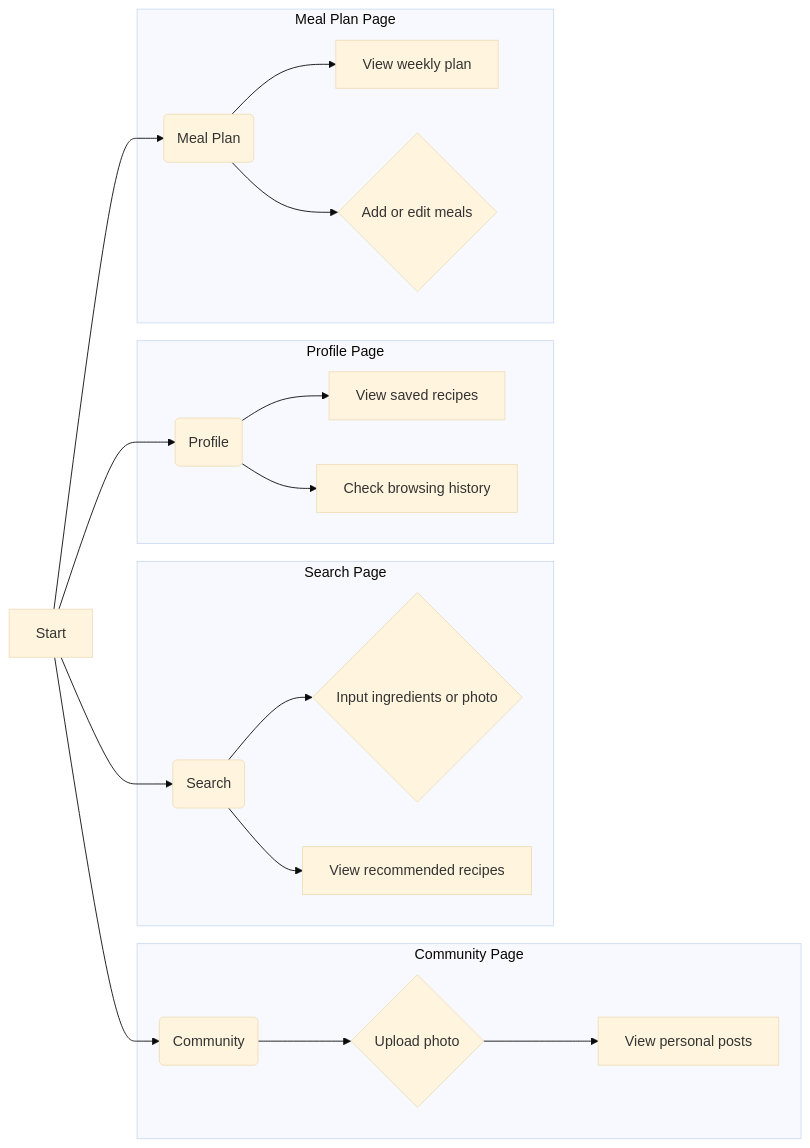
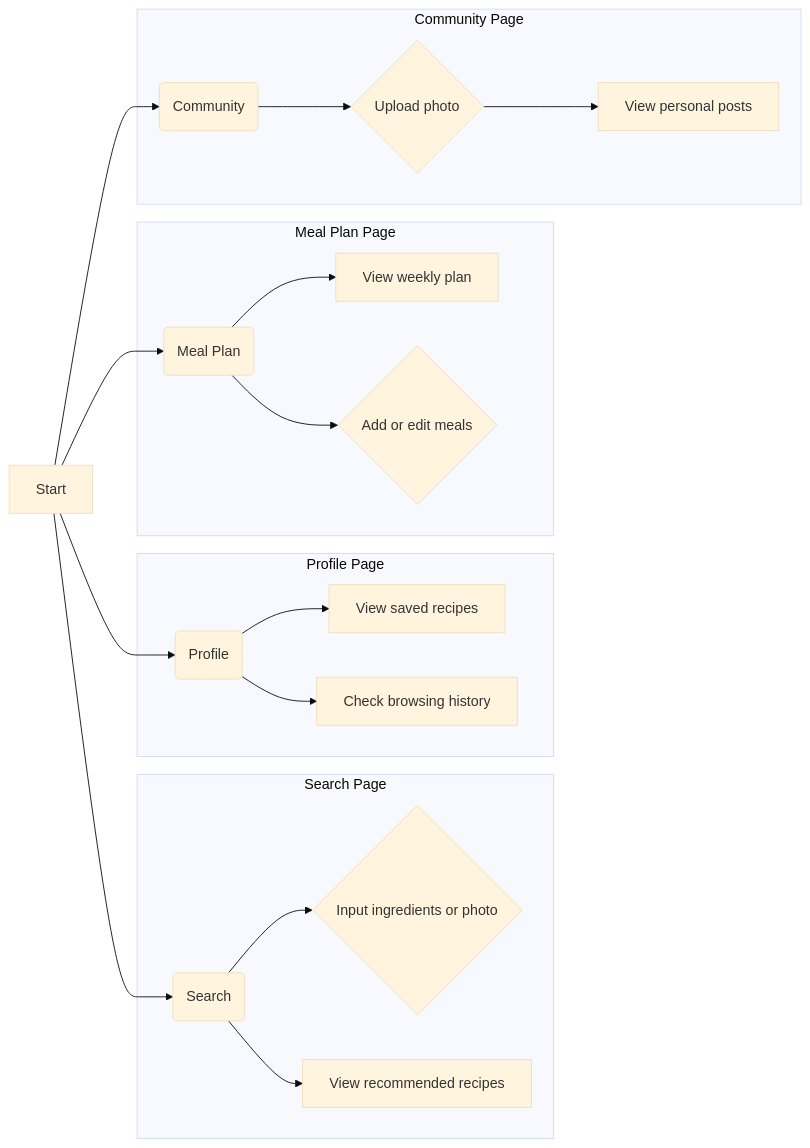
One commit to seven8301/iodraw-files changed the diagram in all/未命名-2.md. Above: the diagram before and after it, drawn with Mermaid (base theme).

Commit message:
2025-04-09 19:22:14 update

````diff
--- a/all/未命名-2.md
+++ b/all/未命名-2.md
@@ -1,30 +1,31 @@
 ```mermaid
 graph LR
     A[Start] --> B(Search);
     A --> C(Community);
     A --> D(Meal Plan);
     A --> E(Profile);
     
    
 
-    subgraph "Community Page"
-        C --> H{Upload photo};
-        H --> I[View personal posts];
-    end
+   
     
   
     
     
-     subgraph "Search Page"
+    subgraph "Search Page"
         B --> F{Input ingredients or photo};
         B --> G[View recommended recipes];
     end
     subgraph "Profile Page"
         E --> L[View saved recipes];
         E --> M[Check browsing history];
     end
       subgraph "Meal Plan Page"
         D --> J[View weekly plan];
         D --> K{Add or edit meals};
     end
+     subgraph "Community Page"
+        C --> H{Upload photo};
+        H --> I[View personal posts];
+    end
 ```
````
